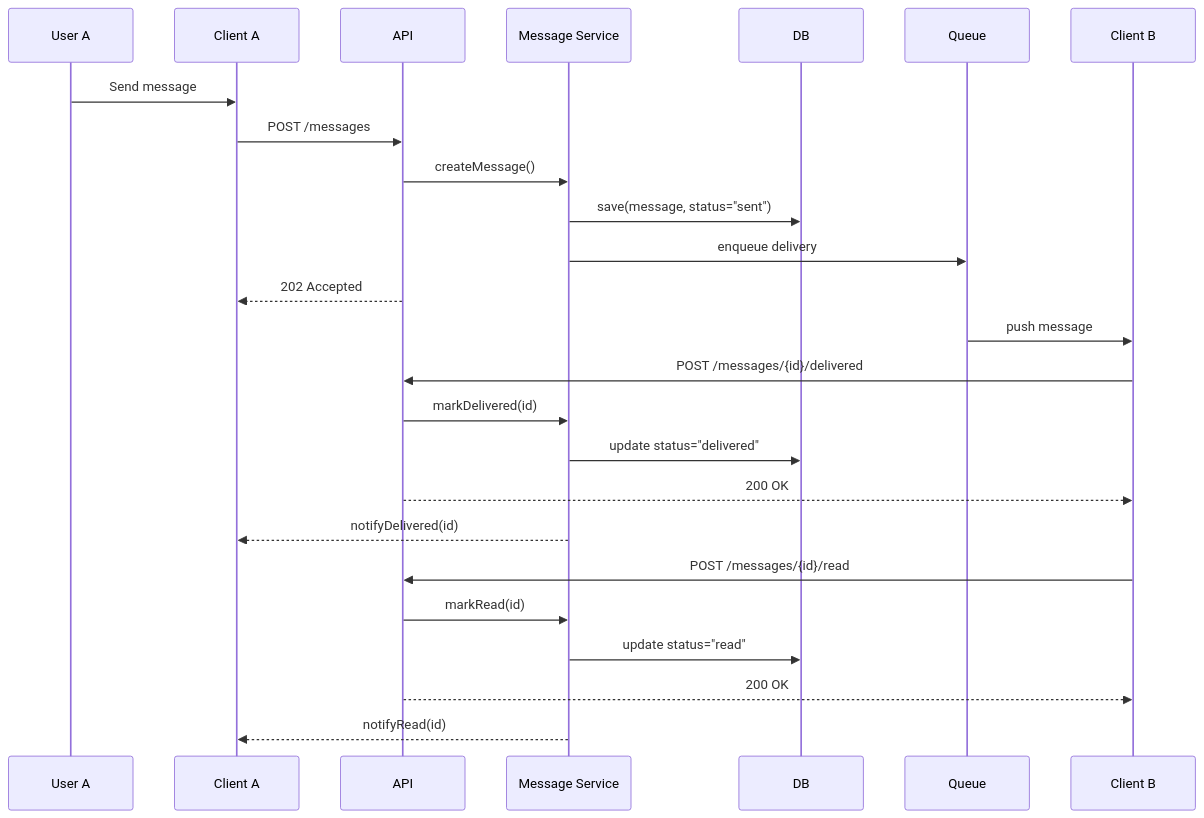
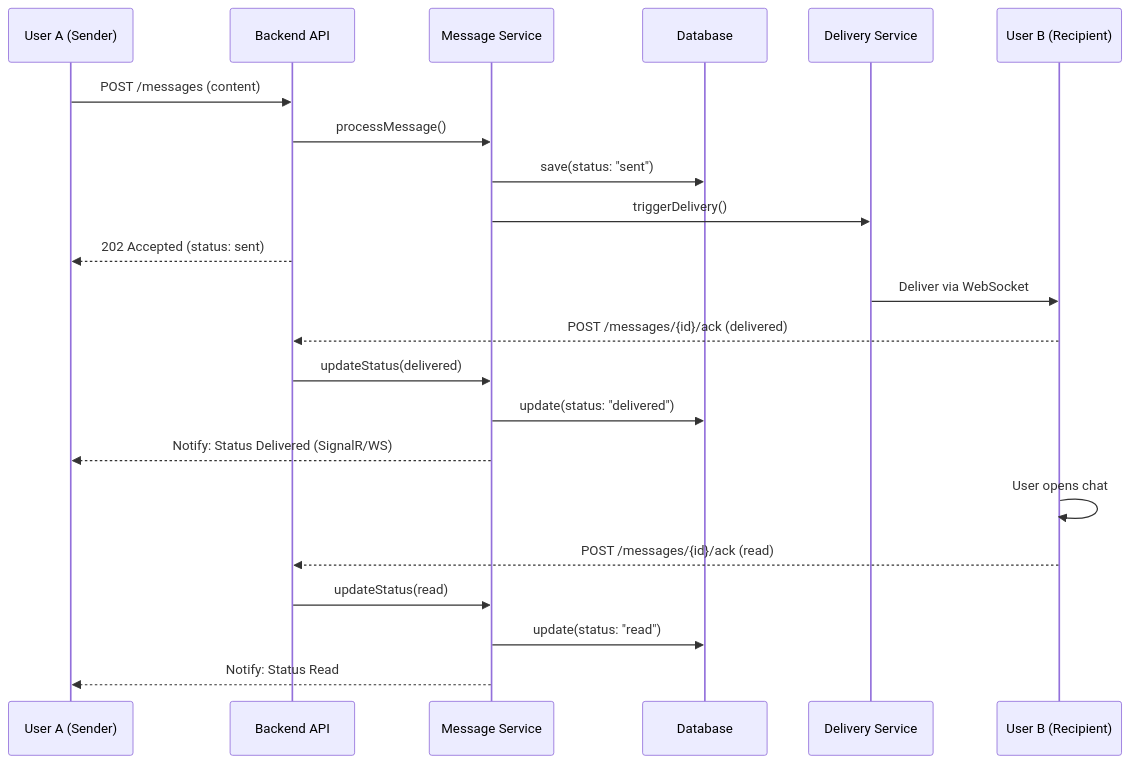
The second of 4 diagrams in README.md (artembaranovsky1/Software-Design-and-Documentation_lab-1.1), drawn with Mermaid before and after one commit. The commit also changed other lines of this file, not shown here.

````diff
--- a/README.md
+++ b/README.md
@@ -15,30 +16,27 @@
 ```mermaid
 sequenceDiagram
-  participant A as User A
-  participant ClientA as Client A
-  participant API
-  participant Msg as Message Service
-  participant DB
-  participant Queue
-  participant ClientB as Client B
+    participant A as User A (Sender)
+    participant API as Backend API
+    participant MS as Message Service
+    participant DB as Database
+    participant DS as Delivery Service
+    participant B as User B (Recipient)
 
-  A->>ClientA: Send message
-  ClientA->>API: POST /messages
-  API->>Msg: createMessage()
-  Msg->>DB: save(message, status="sent")
-  Msg->>Queue: enqueue delivery
-  API-->>ClientA: 202 Accepted
+    A->>API: POST /messages (content)
+    API->>MS: processMessage()
+    MS->>DB: save(status: "sent")
+    MS->>DS: triggerDelivery()
+    API-->>A: 202 Accepted (status: sent)
 
-  Queue->>ClientB: push message
-  ClientB->>API: POST /messages/{id}/delivered
-  API->>Msg: markDelivered(id)
-  Msg->>DB: update status="delivered"
-  API-->>ClientB: 200 OK
-  Msg-->>ClientA: notifyDelivered(id)
+    DS->>B: Deliver via WebSocket
+    B-->>API: POST /messages/{id}/ack (delivered)
+    API->>MS: updateStatus(delivered)
+    MS->>DB: update(status: "delivered")
+    MS-->>A: Notify: Status Delivered (SignalR/WS)
 
-  ClientB->>API: POST /messages/{id}/read
-  API->>Msg: markRead(id)
-  Msg->>DB: update status="read"
-  API-->>ClientB: 200 OK
-  Msg-->>ClientA: notifyRead(id)
+    B->>B: User opens chat
+    B-->>API: POST /messages/{id}/ack (read)
+    API->>MS: updateStatus(read)
+    MS->>DB: update(status: "read")
+    MS-->>A: Notify: Status Read
 ```
````
